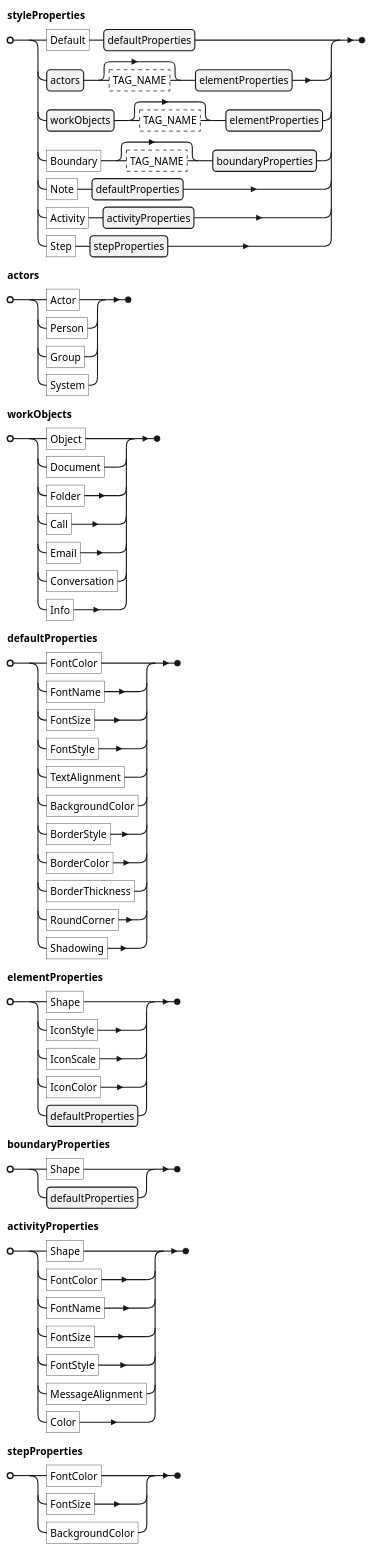
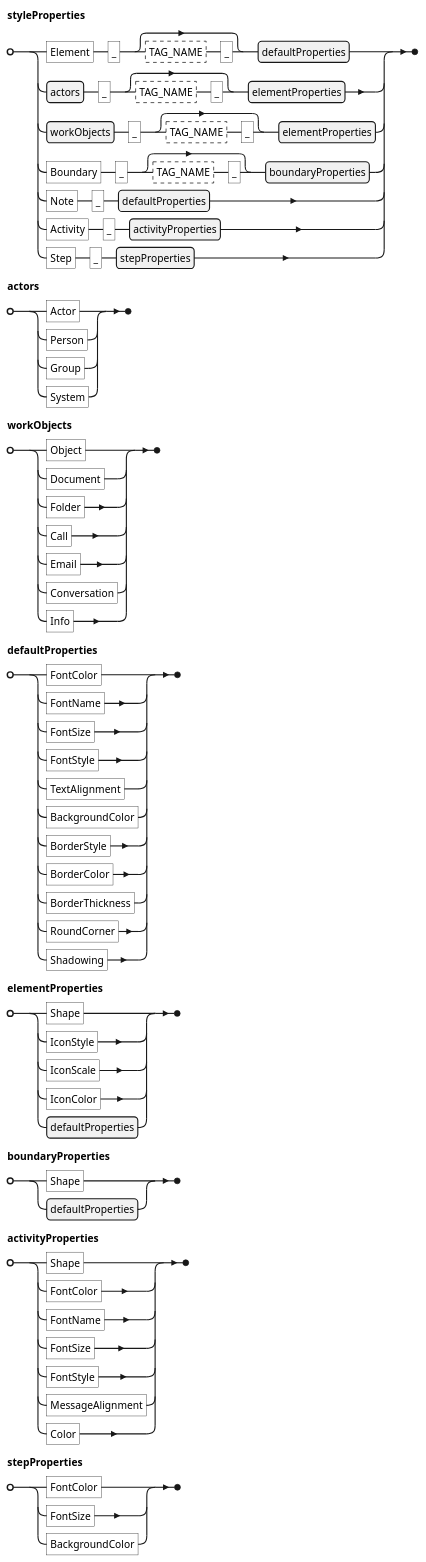
One commit to johthor/DomainStory-PlantUML changed the diagram in docs/puml/stylePropertyNames.puml. Above: the diagram before and after it, drawn with PlantUML. The commit also changed 21 other files, not shown here.

```diff
--- a/docs/puml/stylePropertyNames.puml
+++ b/docs/puml/stylePropertyNames.puml
@@ -1,21 +1,21 @@
 @startebnf
 styleProperties =
-"Default", defaultProperties |\
-actors, [?TAG_NAME?], elementProperties |\
-workObjects, [?TAG_NAME?], elementProperties |\
-"Boundary", [?TAG_NAME?], boundaryProperties |\
-"Note", defaultProperties |\
-"Activity", activityProperties |\
-"Step", stepProperties;
+"Element", "_", [ ?TAG_NAME?, "_" ], defaultProperties |\
+actors, "_", [ ?TAG_NAME?, "_" ], elementProperties |\
+workObjects, "_", [ ?TAG_NAME?, "_" ], elementProperties |\
+"Boundary", "_", [ ?TAG_NAME?, "_" ], boundaryProperties |\
+"Note", "_", defaultProperties |\
+"Activity", "_", activityProperties |\
+"Step", "_", stepProperties;
 
 actors = "Actor" | "Person" | "Group" | "System";
 workObjects = "Object" | "Document" | "Folder" | "Call" | "Email" | "Conversation" | "Info";
 
 defaultProperties = "FontColor" | "FontName" | "FontSize" | "FontStyle" | "TextAlignment" | "BackgroundColor" | "BorderStyle" | "BorderColor" | "BorderThickness" | "RoundCorner" | "Shadowing";
 elementProperties = "Shape" | "IconStyle" | "IconScale" | "IconColor" | defaultProperties;
 boundaryProperties = "Shape" | defaultProperties;
 
 activityProperties = "Shape" | "FontColor" | "FontName" | "FontSize" | "FontStyle" | "MessageAlignment" | "Color";
 stepProperties = "FontColor" | "FontSize" | "BackgroundColor";
 
 @endyaml
```
